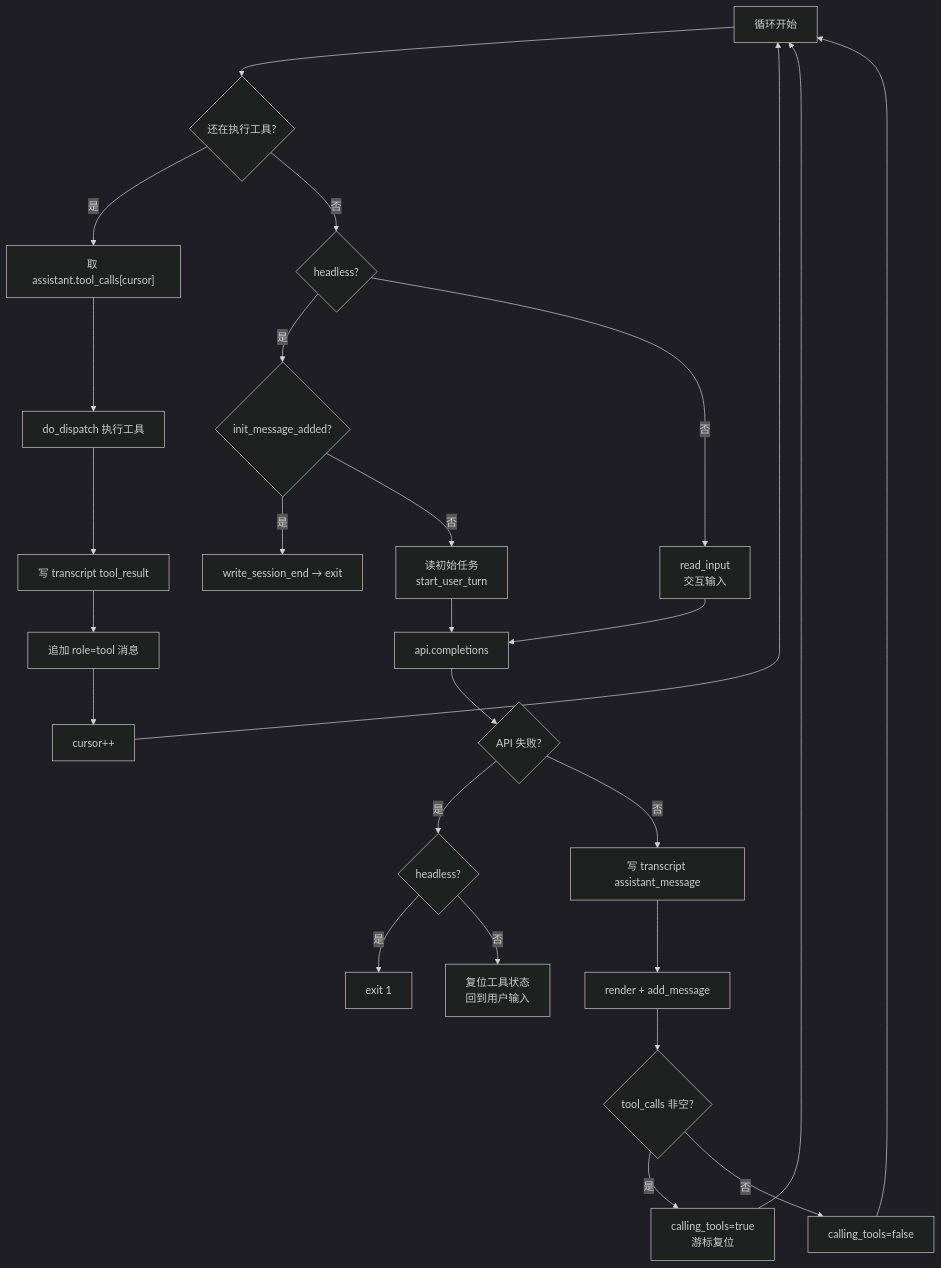
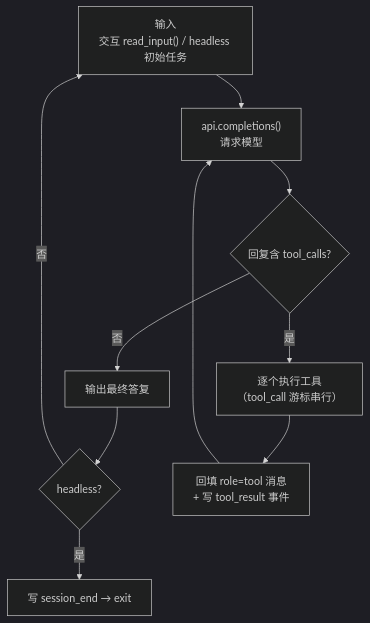
Before and after one commit to yuekcc/mini-pi: the third of 6 diagrams in docs/arch.md, drawn with Mermaid (dark theme). The commit also changed other lines of this file, not shown here.

````diff
--- a/docs/arch.md
+++ b/docs/arch.md
@@ -216,28 +170,12 @@
 ```mermaid
 flowchart TD
-    A[循环开始] --> B{还在执行工具?}
-    B -->|是| C["取 assistant.tool_calls[cursor]"]
-    C --> D[do_dispatch 执行工具]
-    D --> E[写 transcript tool_result]
-    E --> F[追加 role=tool 消息]
-    F --> G[cursor++]
-    G --> A
-    B -->|否| H{headless?}
-    H -->|是| I{init_message_added?}
-    I -->|是| Z[write_session_end → exit]
-    I -->|否| J[读初始任务<br/>start_user_turn]
-    H -->|否| K[read_input<br/>交互输入]
-    J --> L[api.completions]
-    K --> L
-    L --> M{API 失败?}
-    M -->|是| N{headless?}
-    N -->|是| O[exit 1]
-    N -->|否| P[复位工具状态<br/>回到用户输入]
-    M -->|否| Q[写 transcript assistant_message]
-    Q --> R[render + add_message]
-    R --> S{tool_calls 非空?}
-    S -->|是| T[calling_tools=true<br/>游标复位]
-    S -->|否| U[calling_tools=false]
-    T --> A
-    U --> A
+    A["输入<br/>交互 read_input() / headless 初始任务"] --> B["api.completions()<br/>请求模型"]
+    B --> C{"回复含 tool_calls?"}
+    C -->|否| D["输出最终答复"]
+    D --> E{"headless?"}
+    E -->|是| Z["写 session_end → exit"]
+    E -->|否| A
+    C -->|是| F["逐个执行工具<br/>（tool_call 游标串行）"]
+    F --> G["回填 role=tool 消息<br/>+ 写 tool_result 事件"]
+    G --> B
 ```
````
